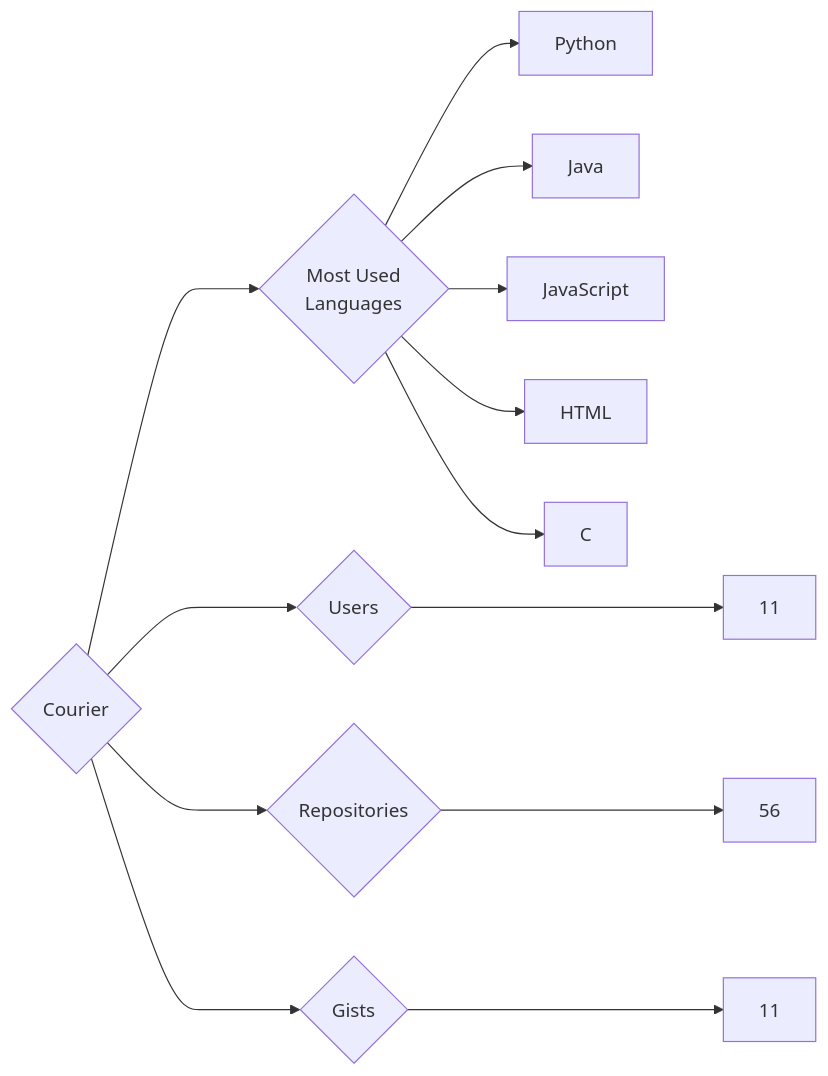
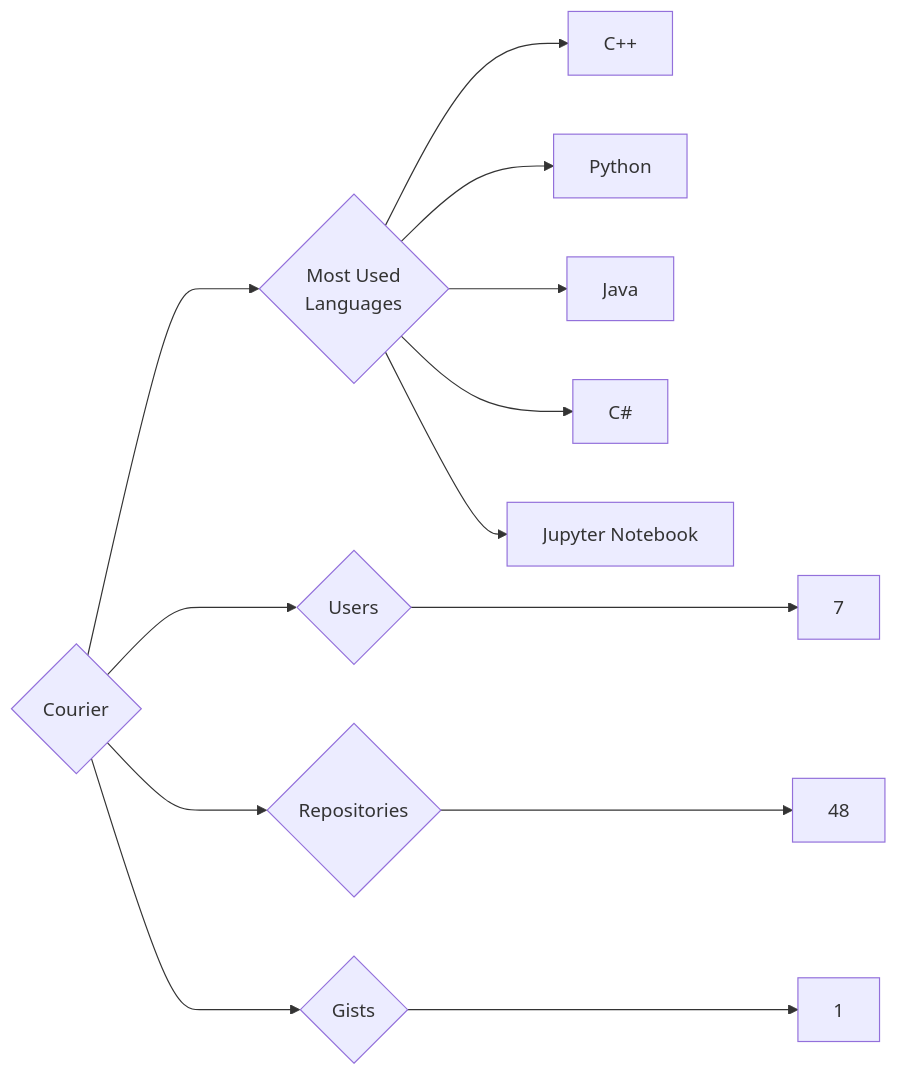
Before and after one commit to trickest/insiders: the diagram in targets/Courier/README.md, drawn with Mermaid. The commit also changed 998 other files, not shown here.

````diff
--- a/targets/Courier/README.md
+++ b/targets/Courier/README.md
@@ -3,13 +3,13 @@
 ```mermaid
 graph LR
 COMPANY_NAME{Courier}
-COMPANY_NAME ---> U{Users} ---> UN[11]
-COMPANY_NAME ---> R{Repositories} ---> RN[56]
-COMPANY_NAME ---> G{Gists} ---> GN[11]
+COMPANY_NAME ---> U{Users} ---> UN[7]
+COMPANY_NAME ---> R{Repositories} ---> RN[48]
+COMPANY_NAME ---> G{Gists} ---> GN[1]
 COMPANY_NAME ---> ML{Most Used<br>Languages}
+ML --> C++[C++]
 ML --> Python[Python]
 ML --> Java[Java]
-ML --> JavaScript[JavaScript]
-ML --> HTML[HTML]
-ML --> C[C]
+ML --> C#[C#]
+ML --> Jupyter_Notebook[Jupyter Notebook]
 ```
````
